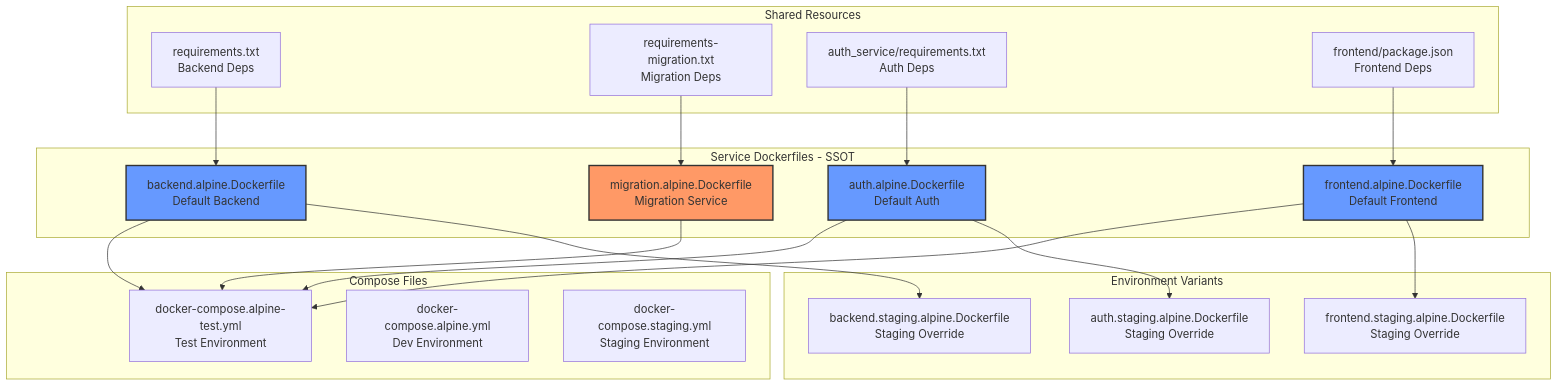
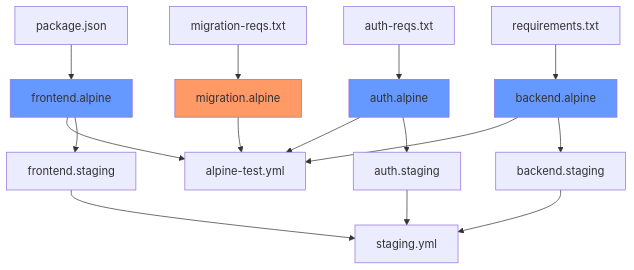
One commit to netra-systems/zen changed the ninth of 15 diagrams in docs/docker_architecture_diagrams.md. Above: the diagram before and after it, drawn with Mermaid. The commit also changed other lines of this file and 3 other files, not shown here.

First line of the commit message:
docs: update architecture documentation and SSOT compliance

````diff
--- a/docs/docker_architecture_diagrams.md
+++ b/docs/docker_architecture_diagrams.md
@@ -180,43 +187,35 @@
 ```mermaid
-graph TD
-    subgraph "Service Dockerfiles - SSOT"
-        B1[backend.alpine.Dockerfile<br/>Default Backend]
-        A1[auth.alpine.Dockerfile<br/>Default Auth]
-        F1[frontend.alpine.Dockerfile<br/>Default Frontend]
-        M1[migration.alpine.Dockerfile<br/>Migration Service]
-    end
-
-    subgraph "Environment Variants"
-        B1 --> B2[backend.staging.alpine.Dockerfile<br/>Staging Override]
-        A1 --> A2[auth.staging.alpine.Dockerfile<br/>Staging Override]
-        F1 --> F2[frontend.staging.alpine.Dockerfile<br/>Staging Override]
-    end
-
-    subgraph "Compose Files"
-        C1[docker-compose.alpine-test.yml<br/>Test Environment]
-        C2[docker-compose.alpine.yml<br/>Dev Environment]
-        C3[docker-compose.staging.yml<br/>Staging Environment]
-    end
-
-    subgraph "Shared Resources"
-        R1[requirements.txt<br/>Backend Deps]
-        R2[requirements-migration.txt<br/>Migration Deps]
-        R3[auth_service/requirements.txt<br/>Auth Deps]
-        R4[frontend/package.json<br/>Frontend Deps]
-    end
-
-    B1 --> C1
+graph TB
+    B1[backend.alpine]
+    A1[auth.alpine]
+    F1[frontend.alpine]
+    M1[migration.alpine]
+    
+    B1 --> B2[backend.staging]
+    A1 --> A2[auth.staging]
+    F1 --> F2[frontend.staging]
+    
+    B2 --> C3[staging.yml]
+    A2 --> C3
+    F2 --> C3
+    
+    B1 --> C1[alpine-test.yml]
     A1 --> C1
     F1 --> C1
     M1 --> C1
-
+    
+    R1[requirements.txt]
+    R2[migration-reqs.txt]
+    R3[auth-reqs.txt]
+    R4[package.json]
+    
     R1 --> B1
     R2 --> M1
     R3 --> A1
     R4 --> F1
-
-    style M1 fill:#f96,stroke:#333,stroke-width:2px
-    style B1 fill:#69f,stroke:#333,stroke-width:2px
-    style A1 fill:#69f,stroke:#333,stroke-width:2px
-    style F1 fill:#69f,stroke:#333,stroke-width:2px
+    
+    style M1 fill:#f96
+    style B1 fill:#69f
+    style A1 fill:#69f
+    style F1 fill:#69f
 ```
````
